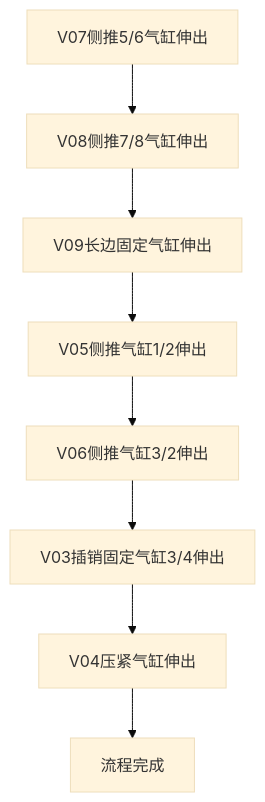
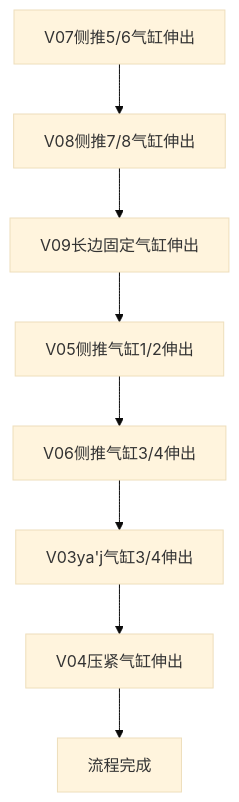
One commit to PengKun1/iodraw-files changed the diagram in all/OP30气缸固定子流程.md. Above: the diagram before and after it, drawn with Mermaid (base theme).

Commit message:
2024-08-06 10:00:55 update

````diff
--- a/all/OP30气缸固定子流程.md
+++ b/all/OP30气缸固定子流程.md
@@ -1,12 +1,12 @@
 ```mermaid
 graph TD
 10[V07侧推5/6气缸伸出]-->20
 20[V08侧推7/8气缸伸出]-->30
 30[V09长边固定气缸伸出]-->40
 40[V05侧推气缸1/2伸出]-->50
-50[V06侧推气缸3/2伸出]-->60
-60[V03插销固定气缸3/4伸出]-->70
+50[V06侧推气缸3/4伸出]-->60
+60[V03ya'j气缸3/4伸出]-->70
 70[V04压紧气缸伸出]-->80
 80[流程完成]
   
 ```
````
